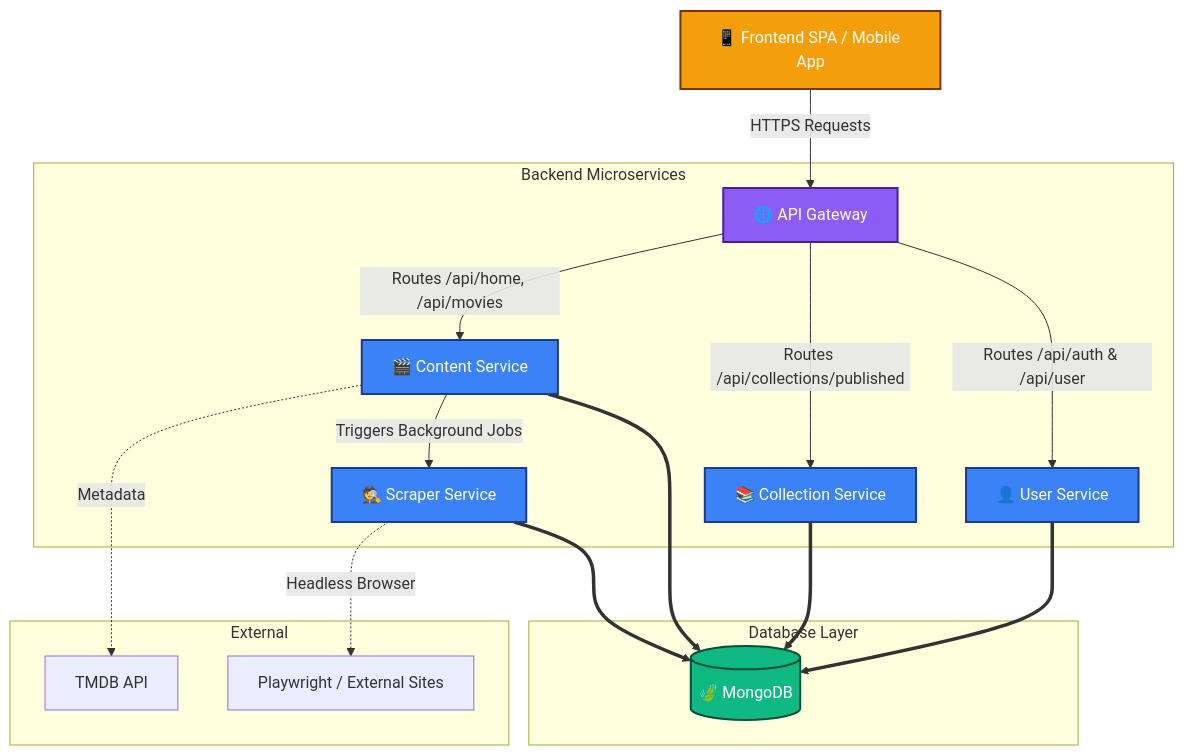
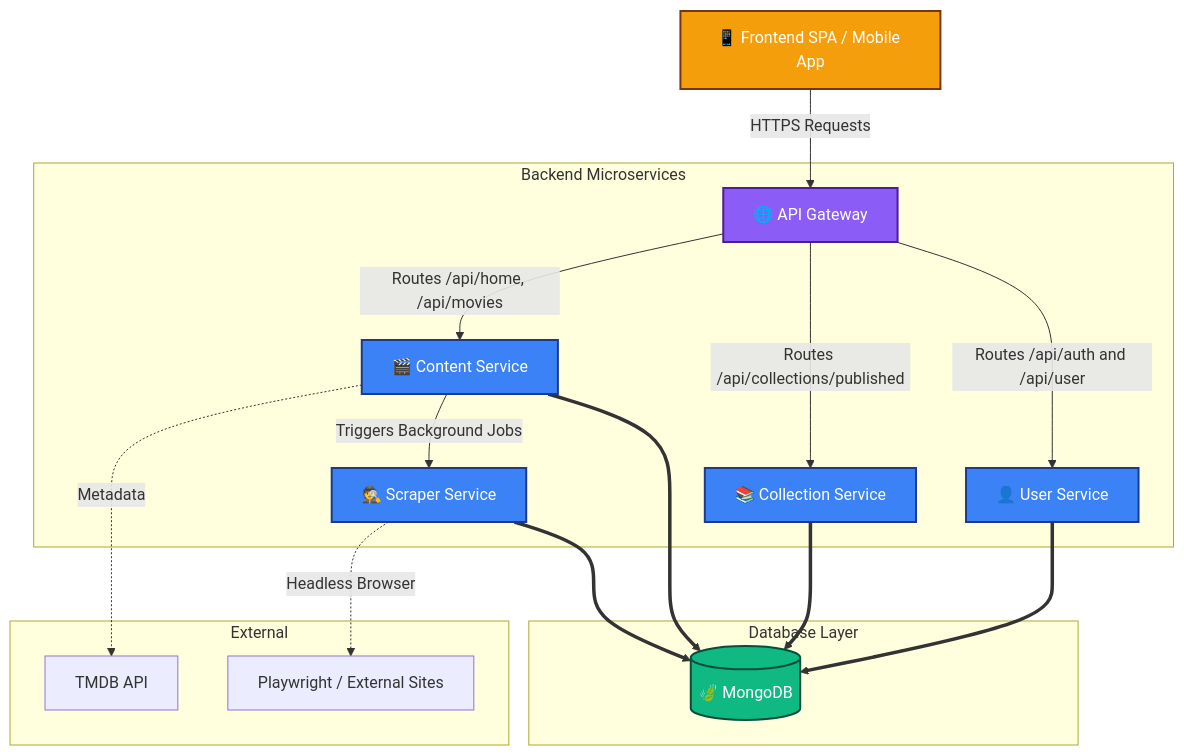
Before and after one commit to Vamp-Niklaus/Soulstash: the diagram in README.md, drawn with Mermaid.

Commit message:
Fix: Mermaid diagram syntax error in README

````diff
--- a/README.md
+++ b/README.md
@@ -13,33 +13,33 @@
 ```mermaid
 graph TD
-    Client[📱 Frontend SPA / Mobile App] -->|HTTPS Requests| API_GW[🌐 API Gateway]
+    Client["📱 Frontend SPA / Mobile App"] -->|"HTTPS Requests"| API_GW["🌐 API Gateway"]
     
     subgraph Backend Microservices
-        API_GW -->|Routes /api/auth & /api/user| UserSVC[👤 User Service]
-        API_GW -->|Routes /api/home, /api/movies| ContentSVC[🎬 Content Service]
-        API_GW -->|Routes /api/collections/published| CollectionSVC[📚 Collection Service]
-        ContentSVC -->|Triggers Background Jobs| ScraperSVC[🕵️ Scraper Service]
+        API_GW -->|"Routes /api/auth and /api/user"| UserSVC["👤 User Service"]
+        API_GW -->|"Routes /api/home, /api/movies"| ContentSVC["🎬 Content Service"]
+        API_GW -->|"Routes /api/collections/published"| CollectionSVC["📚 Collection Service"]
+        ContentSVC -->|"Triggers Background Jobs"| ScraperSVC["🕵️ Scraper Service"]
     end
 
     subgraph External
-        ContentSVC -.->|Metadata| TMDB[TMDB API]
-        ScraperSVC -.->|Headless Browser| Web[Playwright / External Sites]
+        ContentSVC -.->|"Metadata"| TMDB["TMDB API"]
+        ScraperSVC -.->|"Headless Browser"| Web["Playwright / External Sites"]
     end
 
     subgraph Database Layer
-        UserSVC ==> DB[(🍃 MongoDB)]
+        UserSVC ==> DB[("🍃 MongoDB")]
         CollectionSVC ==> DB
         ContentSVC ==> DB
         ScraperSVC ==> DB
     end
 
     classDef gateway fill:#8b5cf6,stroke:#4c1d95,stroke-width:2px,color:#fff;
     classDef service fill:#3b82f6,stroke:#1e3a8a,stroke-width:2px,color:#fff;
     classDef db fill:#10b981,stroke:#064e3b,stroke-width:2px,color:#fff;
     classDef frontend fill:#f59e0b,stroke:#78350f,stroke-width:2px,color:#fff;
     
     class API_GW gateway;
     class UserSVC,ContentSVC,CollectionSVC,ScraperSVC service;
     class DB db;
     class Client frontend;
 ```
````
